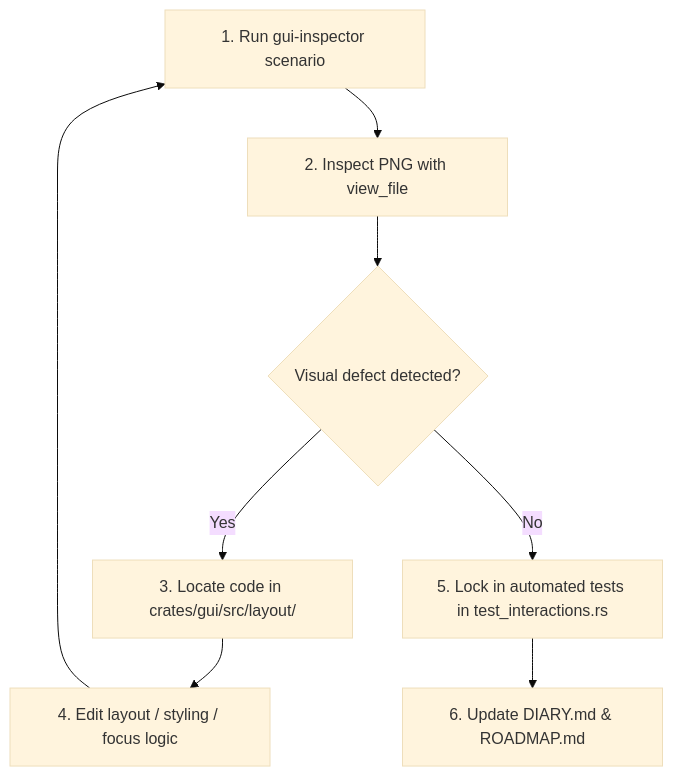
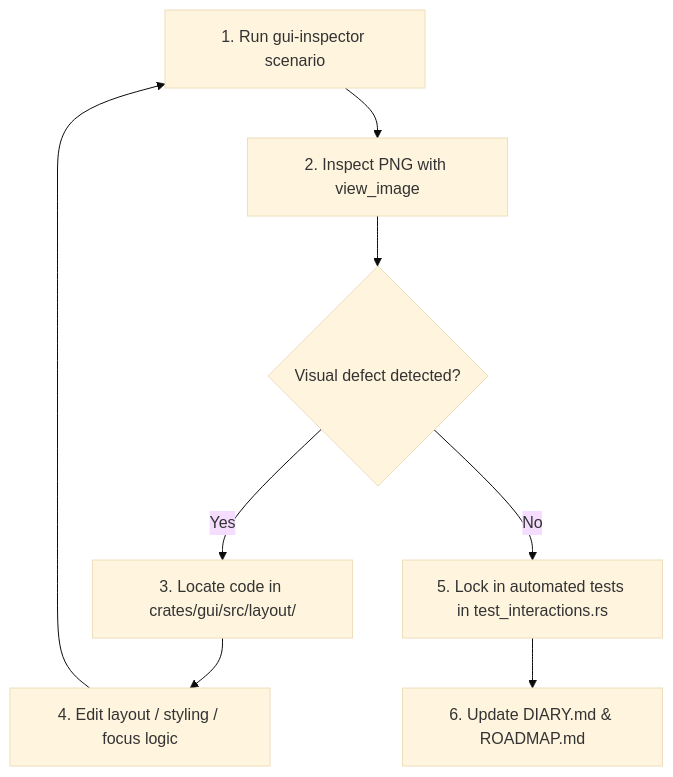
Before and after one commit to tomek-anuszkiewicz/amiga-studio: the diagram in .agents/skills/egui-vision-debugger/SKILL.md, drawn with Mermaid (base theme). The commit also changed other lines of this file and 62 other files, not shown here.

````diff
--- a/.agents/skills/egui-vision-debugger/SKILL.md
+++ b/.agents/skills/egui-vision-debugger/SKILL.md
@@ -99,10 +99,10 @@
 ```mermaid
 graph TD
-    A["1. Run gui-inspector scenario"] --> B["2. Inspect PNG with view_file"]
+    A["1. Run gui-inspector scenario"] --> B["2. Inspect PNG with view_image"]
     B --> C{"Visual defect detected?"}
     C -- Yes --> D["3. Locate code in crates/gui/src/layout/"]
     D --> E["4. Edit layout / styling / focus logic"]
     E --> A
     C -- No --> F["5. Lock in automated tests in test_interactions.rs"]
     F --> G["6. Update DIARY.md & ROADMAP.md"]
 ```
````
